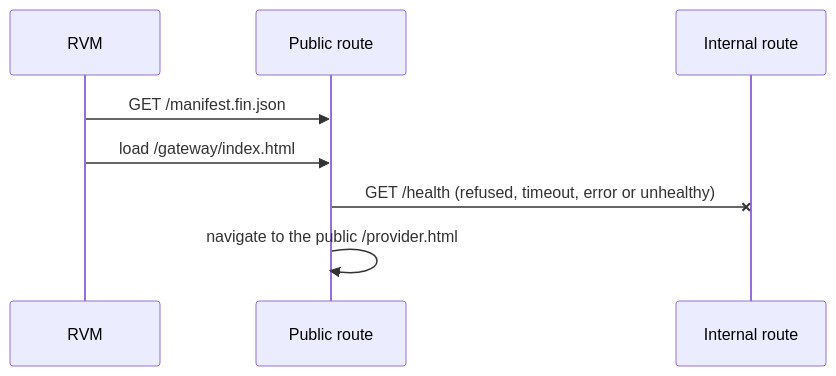
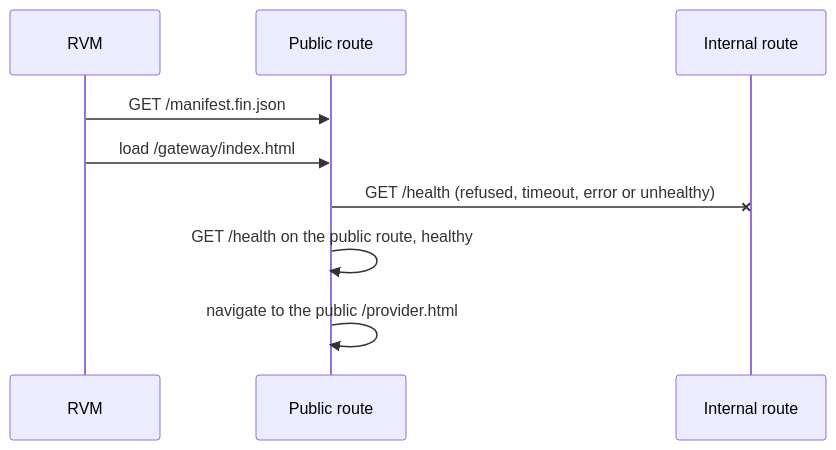
The second of 4 diagrams in how-to/use-a-manifest/support-network-fallback/provider-based/docs/scenarios.md (built-on-openfin/container-starter), drawn with Mermaid before and after one commit. The commit also changed other lines of this file and 7 other files, not shown here.

````diff
--- a/how-to/use-a-manifest/support-network-fallback/provider-based/docs/scenarios.md
+++ b/how-to/use-a-manifest/support-network-fallback/provider-based/docs/scenarios.md
@@ -62,10 +62,11 @@
 ```mermaid
 sequenceDiagram
     participant RVM
     participant P as Public route
     participant I as Internal route
     RVM ->> P: GET /manifest.fin.json
     RVM ->> P: load /gateway/index.html
     P -x I: GET /health (refused, timeout, error or unhealthy)
+    P ->> P: GET /health on the public route, healthy
     P ->> P: navigate to the public /provider.html
 ```
````
